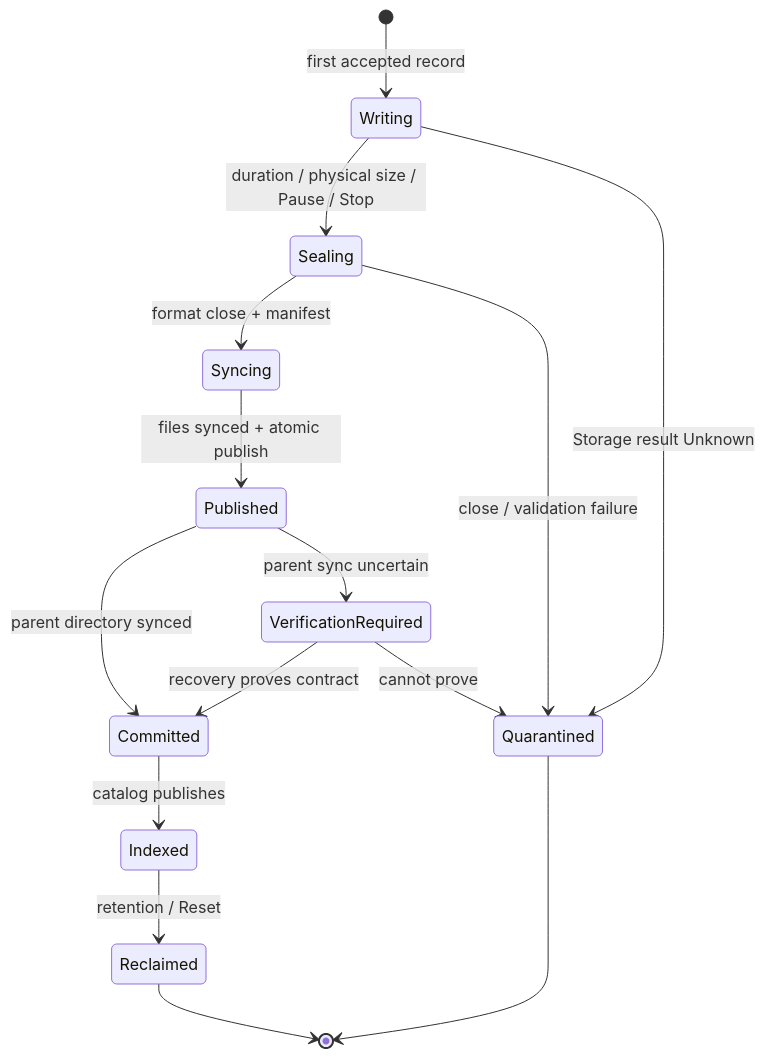
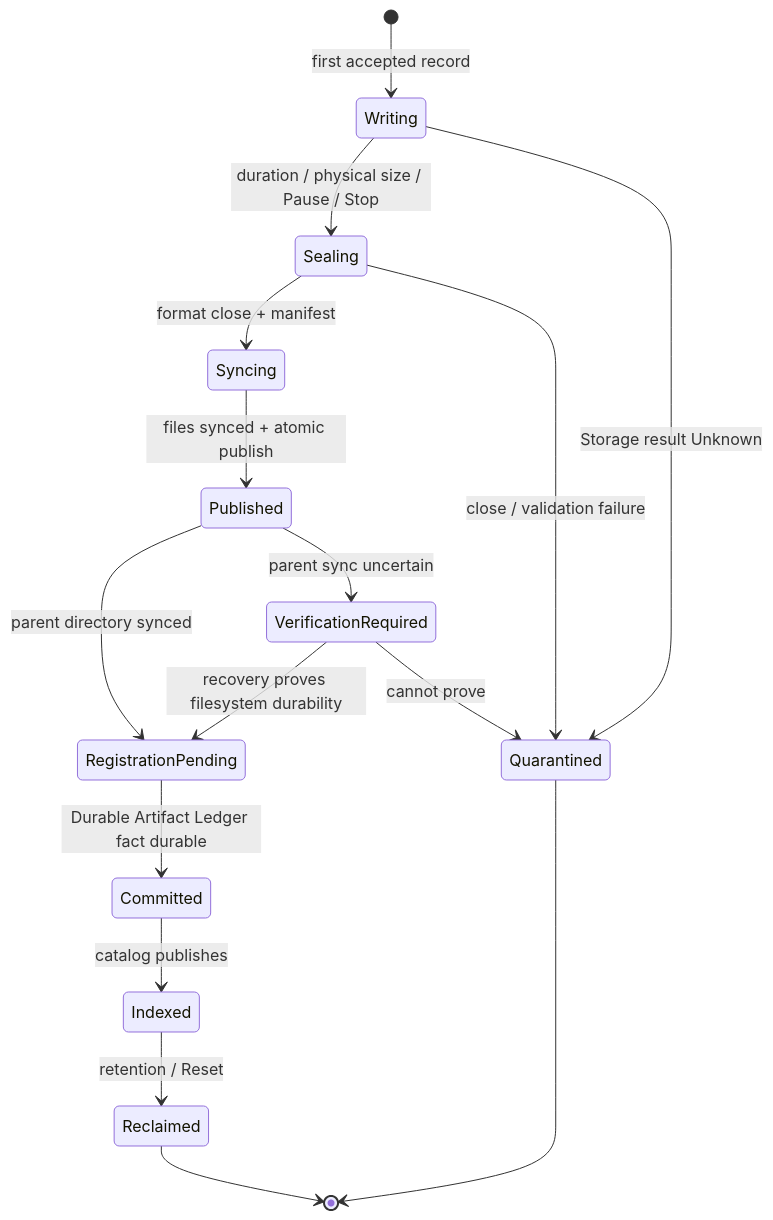
Diagram 12 of 16 in docs/design/architecture.md (SiYueY/rodaq), drawn with Mermaid before and after one commit. The commit also changed other lines of this file and 6 other files, not shown here.

````diff
--- a/docs/design/architecture.md
+++ b/docs/design/architecture.md
@@ -773,17 +840,18 @@
 ```mermaid
 stateDiagram-v2
     [*] --> Writing: first accepted record
     Writing --> Sealing: duration / physical size / Pause / Stop
     Writing --> Quarantined: Storage result Unknown
     Sealing --> Syncing: format close + manifest
     Sealing --> Quarantined: close / validation failure
     Syncing --> Published: files synced + atomic publish
-    Published --> Committed: parent directory synced
+    Published --> RegistrationPending: parent directory synced
     Published --> VerificationRequired: parent sync uncertain
-    VerificationRequired --> Committed: recovery proves contract
+    VerificationRequired --> RegistrationPending: recovery proves filesystem durability
     VerificationRequired --> Quarantined: cannot prove
+    RegistrationPending --> Committed: Durable Artifact Ledger fact durable
     Committed --> Indexed: catalog publishes
     Indexed --> Reclaimed: retention / Reset
     Quarantined --> [*]
     Reclaimed --> [*]
 ```
````
